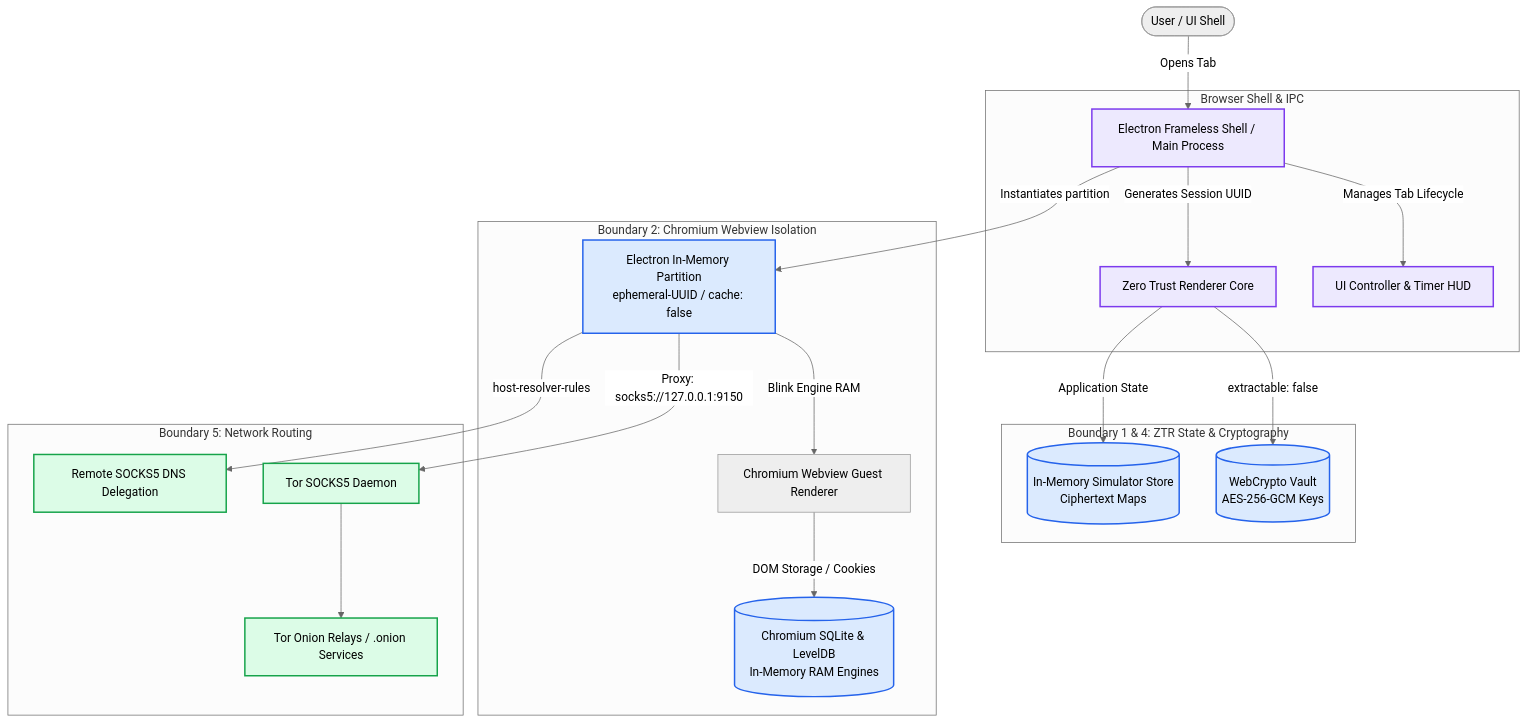
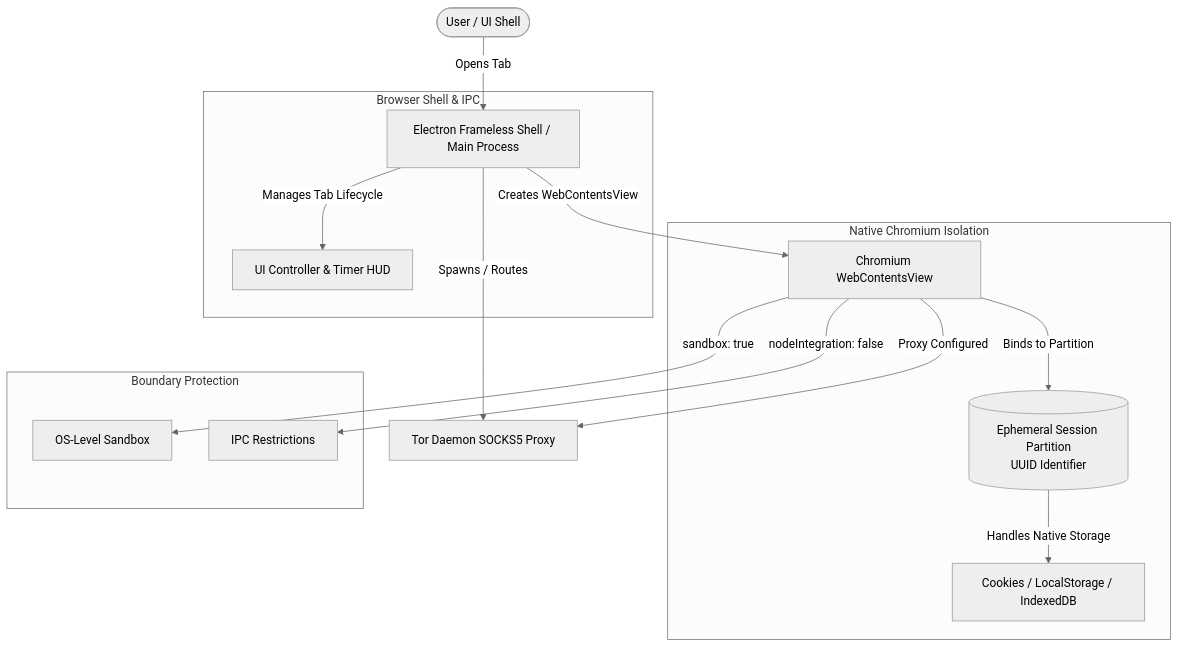
Before and after one commit to tejassachdeva2710/ApricityBrowser: the diagram in README.md, drawn with Mermaid (neutral theme). The commit also changed 9 other files, not shown here.

First line of the commit message:
Refactor: Migrate from webview to WebContentsView and restore sandbox: true

````diff
--- a/README.md
+++ b/README.md
@@ -38,33 +38,22 @@
 ```mermaid
 graph TD
     User([User / UI Shell]) -->|Opens Tab| Shell[Electron Frameless Shell / Main Process]
     
     subgraph Browser Shell & IPC
         Shell -->|Manages Tab Lifecycle| UI[UI Controller & Timer HUD]
-        Shell -->|Generates Session UUID| ZTR[Zero Trust Renderer Core]
     end
 
-    subgraph Boundary 1 & 4: ZTR State & Cryptography
-        ZTR -->|extractable: false| Vault[(WebCrypto Vault<br/>AES-256-GCM Keys)]
-        ZTR -->|Application State| SimStore[(In-Memory Simulator Store<br/>Ciphertext Maps)]
+    subgraph Native Chromium Isolation
+        Shell -->|Creates WebContentsView| WC[Chromium WebContentsView]
+        WC -->|Binds to Partition| Part[(Ephemeral Session Partition<br/>UUID Identifier)]
+        Part -->|Handles Native Storage| DOM[Cookies / LocalStorage / IndexedDB]
     end
 
-    subgraph Boundary 2: Chromium Webview Isolation
-        Shell -->|Instantiates partition| Part[Electron In-Memory Partition<br/>ephemeral-UUID / cache: false]
-        Part -->|Blink Engine RAM| Webview[Chromium Webview Guest Renderer]
-        Webview -->|DOM Storage / Cookies| BlinkRAM[(Chromium SQLite & LevelDB<br/>In-Memory RAM Engines)]
+    subgraph Boundary Protection
+        WC -->|sandbox: true| SBox[OS-Level Sandbox]
+        WC -->|nodeIntegration: false| IPC[IPC Restrictions]
     end
 
-    subgraph Boundary 5: Network Routing
-        Part -->|Proxy: socks5://127.0.0.1:9150| TorNet[Tor SOCKS5 Daemon]
-        Part -->|host-resolver-rules| RemoteDNS[Remote SOCKS5 DNS Delegation]
-        TorNet --> OnionRelay[Tor Onion Relays / .onion Services]
-    end
-
-    classDef core fill:#ede9fe,stroke:#7c3aed,stroke-width:2px;
-    classDef storage fill:#dbeafe,stroke:#2563eb,stroke-width:2px;
-    classDef net fill:#dcfce7,stroke:#16a34a,stroke-width:2px;
-    class Shell,ZTR,UI core;
-    class Vault,SimStore,Part,BlinkRAM storage;
-    class TorNet,RemoteDNS,OnionRelay net;
+    Shell -->|Spawns / Routes| Tor[Tor Daemon SOCKS5 Proxy]
+    WC -->|Proxy Configured| Tor
 ```
````
